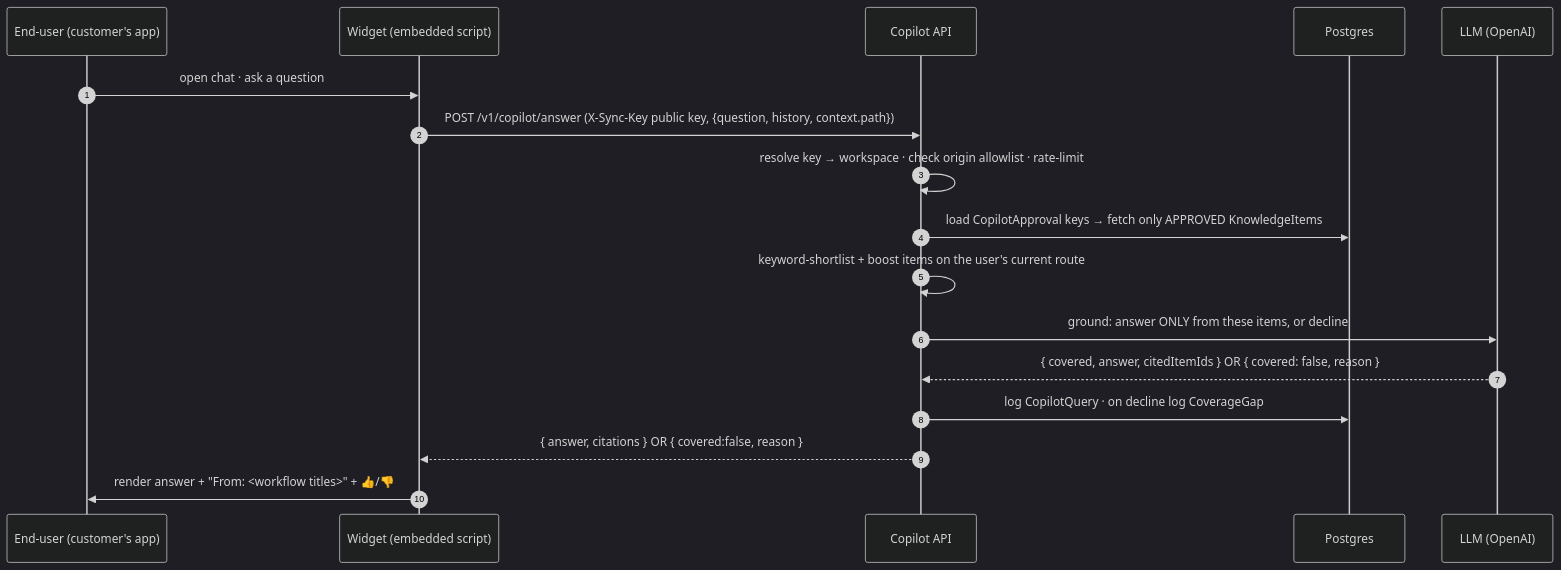
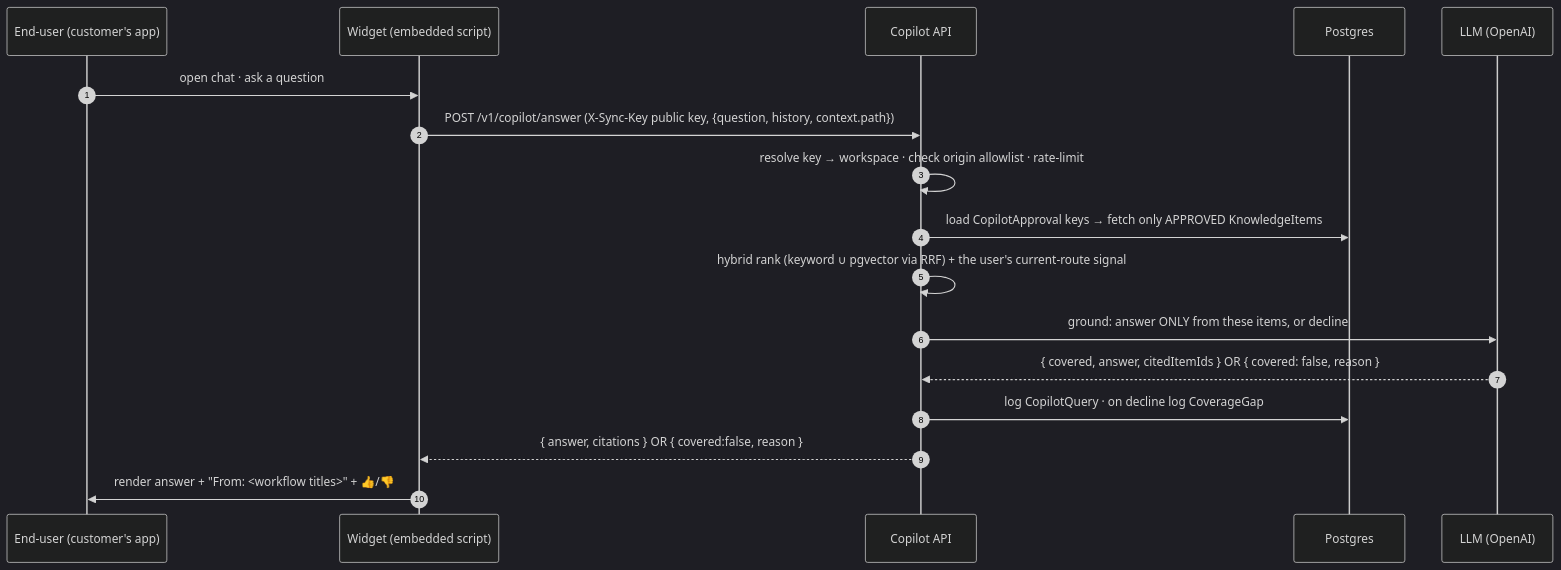
One commit to himanshu3553/flowbuddy changed the second of 4 diagrams in docs/internals/connections.md. Above: the diagram before and after it, drawn with Mermaid (dark theme). The commit also changed 20 other files, not shown here.

````diff
--- a/docs/internals/connections.md
+++ b/docs/internals/connections.md
@@ -80,20 +80,20 @@
 ```mermaid
 sequenceDiagram
     autonumber
     participant E as End-user (customer's app)
     participant W as Widget (embedded script)
     participant A as Copilot API
     participant P as Postgres
     participant L as LLM (OpenAI)
 
     E->>W: open chat · ask a question
     W->>A: POST /v1/copilot/answer  (X-Sync-Key public key, {question, history, context.path})
     A->>A: resolve key → workspace · check origin allowlist · rate-limit
     A->>P: load CopilotApproval keys → fetch only APPROVED KnowledgeItems
-    A->>A: keyword-shortlist + boost items on the user's current route
+    A->>A: hybrid rank (keyword ∪ pgvector via RRF) + the user's current-route signal
     A->>L: ground: answer ONLY from these items, or decline
     L-->>A: { covered, answer, citedItemIds }  OR  { covered: false, reason }
     A->>P: log CopilotQuery · on decline log CoverageGap
     A-->>W: { answer, citations }  OR  { covered:false, reason }
     W->>E: render answer + "From: <workflow titles>" + 👍/👎
 ```
````
